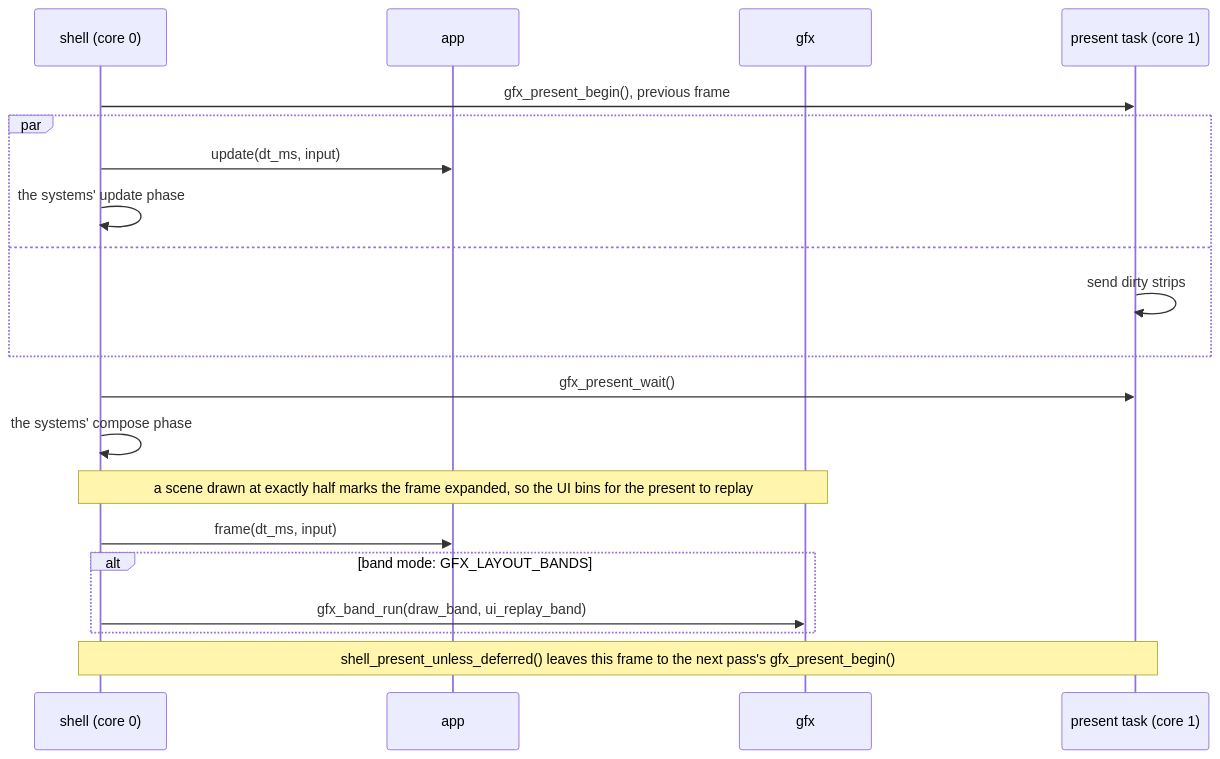
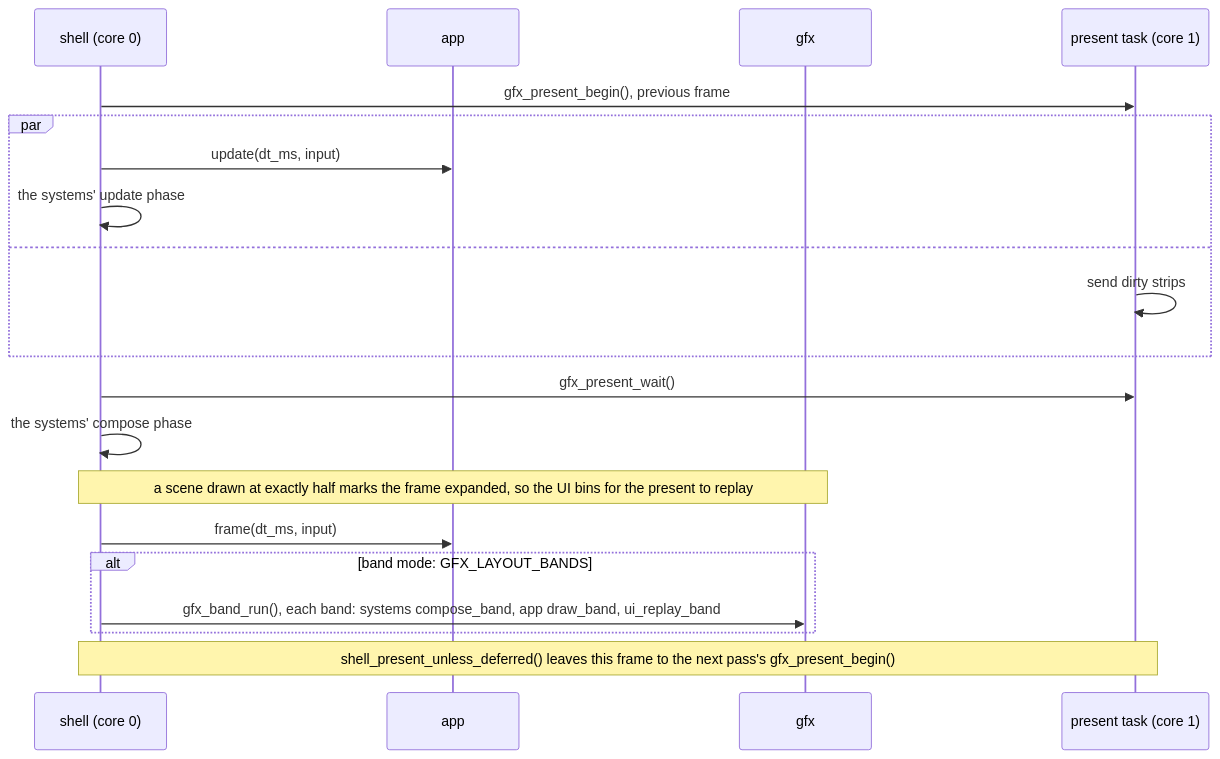
The third of 3 diagrams in docs/Building-an-App.md (jose-villegas/autana), drawn with Mermaid before and after one commit. The commit also changed other lines of this file and 17 other files, not shown here.

````diff
--- a/docs/Building-an-App.md
+++ b/docs/Building-an-App.md
@@ -167,22 +167,22 @@
 ```mermaid
 sequenceDiagram
     participant S as shell (core 0)
     participant A as app
     participant G as gfx
     participant P as present task (core 1)
     S->>P: gfx_present_begin(), previous frame
     par
         S->>A: update(dt_ms, input)
         S->>S: the systems' update phase
     and
         P->>P: send dirty strips
     end
     S->>P: gfx_present_wait()
     S->>S: the systems' compose phase
     Note over S,G: a scene drawn at exactly half marks the frame expanded, so the UI bins for the present to replay
     S->>A: frame(dt_ms, input)
     alt band mode: GFX_LAYOUT_BANDS
-        S->>G: gfx_band_run(draw_band, ui_replay_band)
+        S->>G: gfx_band_run(), each band: systems compose_band, app draw_band, ui_replay_band
     end
     Note over S,P: shell_present_unless_deferred() leaves this frame to the next pass's gfx_present_begin()
 ```
````
